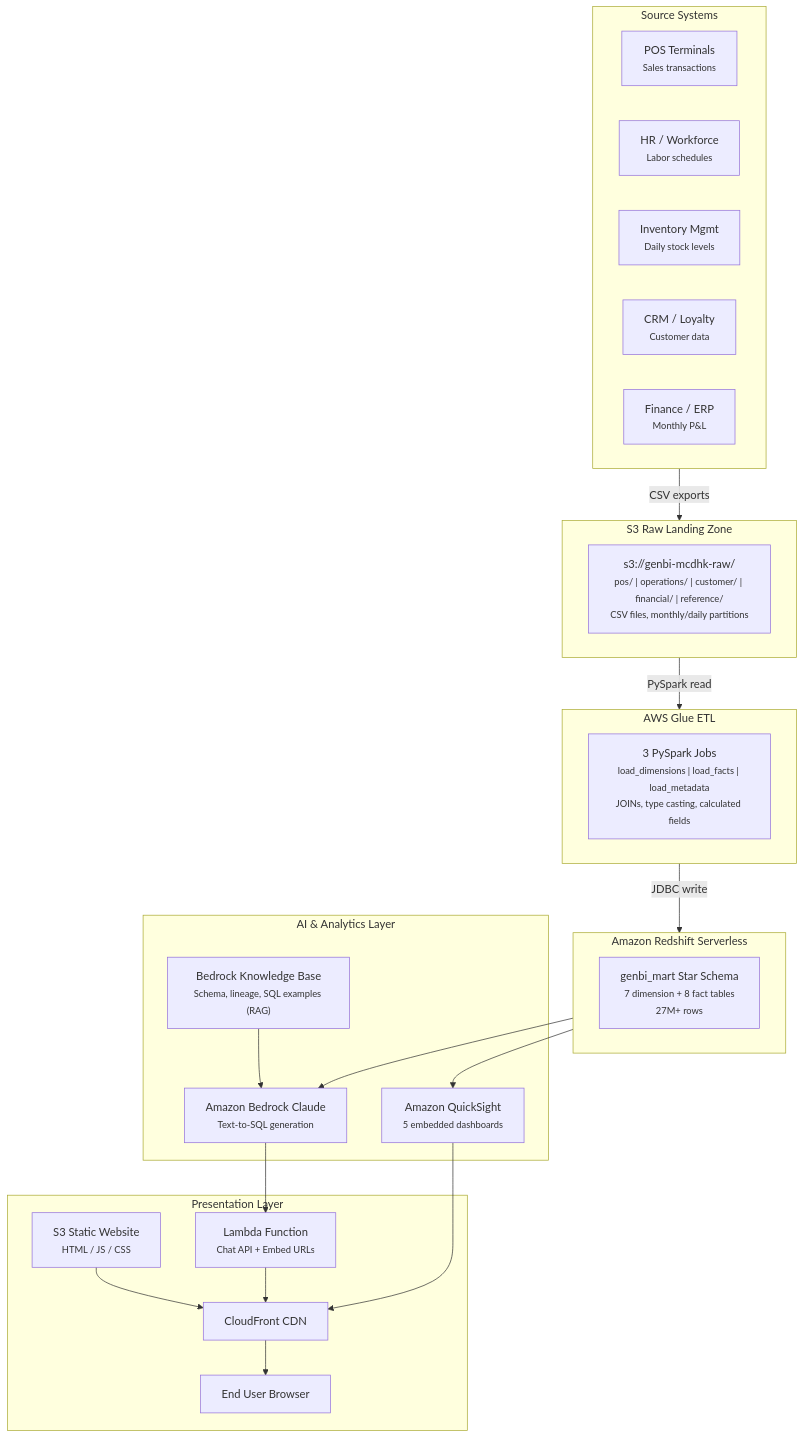
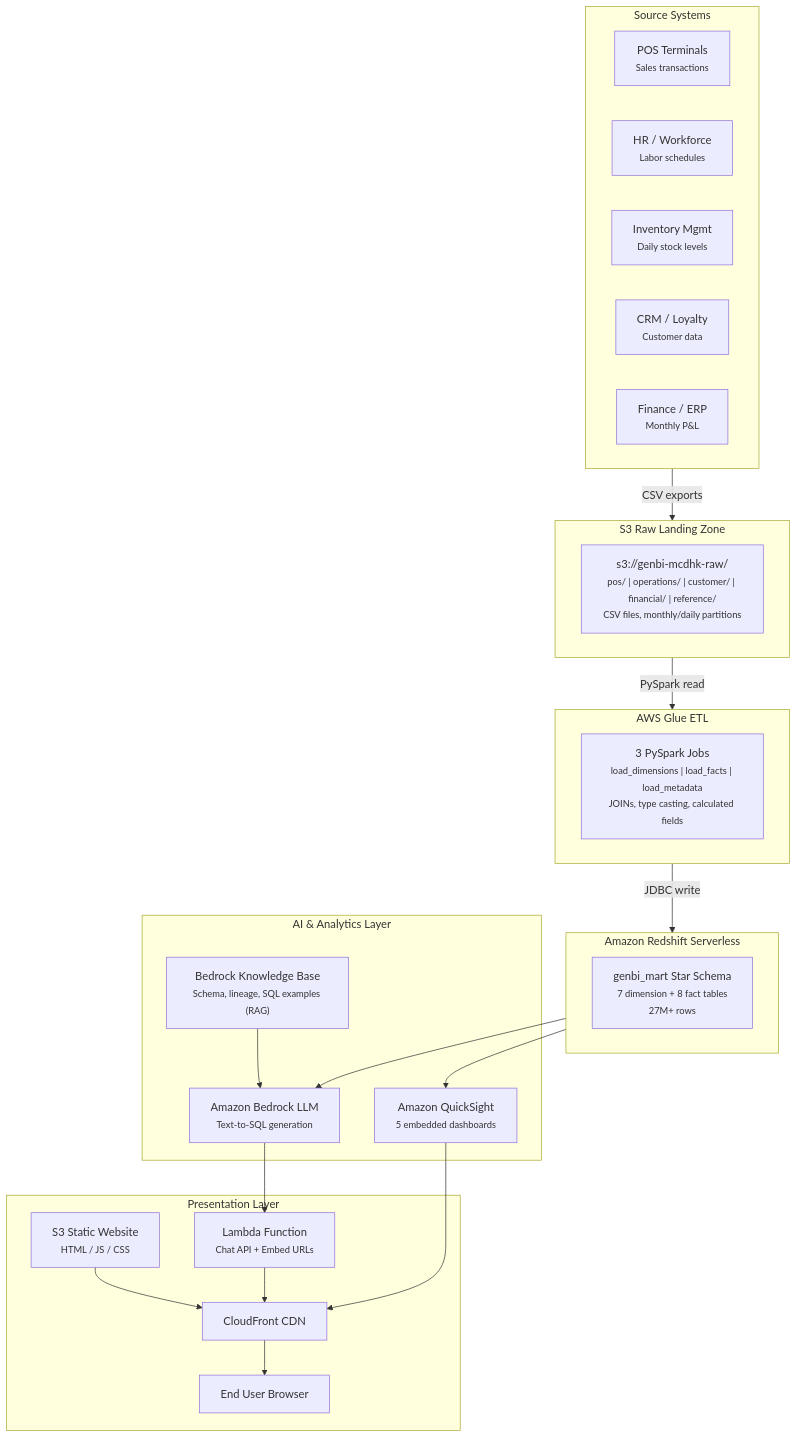
One commit to danielpeggy/bi-report-chatbot changed the diagram in README.md. Above: the diagram before and after it, drawn with Mermaid. The commit also changed other lines of this file and 6 other files, not shown here.

First line of the commit message:
Add KB indexing details, RAG explanation, tool-agnostic design, replace Claude with Bedrock LLM

````diff
--- a/README.md
+++ b/README.md
@@ -34,47 +34,47 @@
 ```mermaid
 flowchart TB
     subgraph Sources["Source Systems"]
         POS["POS Terminals<br/><small>Sales transactions</small>"]
         HR["HR / Workforce<br/><small>Labor schedules</small>"]
         INV["Inventory Mgmt<br/><small>Daily stock levels</small>"]
         CRM["CRM / Loyalty<br/><small>Customer data</small>"]
         FIN["Finance / ERP<br/><small>Monthly P&L</small>"]
     end
 
     subgraph S3["S3 Raw Landing Zone"]
         RAW["s3://genbi-mcdhk-raw/<br/><small>pos/ | operations/ | customer/ | financial/ | reference/</small><br/><small>CSV files, monthly/daily partitions</small>"]
     end
 
     subgraph Glue["AWS Glue ETL"]
         ETL["3 PySpark Jobs<br/><small>load_dimensions | load_facts | load_metadata</small><br/><small>JOINs, type casting, calculated fields</small>"]
     end
 
     subgraph Redshift["Amazon Redshift Serverless"]
         DW["genbi_mart Star Schema<br/><small>7 dimension + 8 fact tables</small><br/><small>27M+ rows</small>"]
     end
 
     subgraph AI["AI & Analytics Layer"]
         KB["Bedrock Knowledge Base<br/><small>Schema, lineage, SQL examples (RAG)</small>"]
-        CLAUDE["Amazon Bedrock Claude<br/><small>Text-to-SQL generation</small>"]
+        CLAUDE["Amazon Bedrock LLM<br/><small>Text-to-SQL generation</small>"]
         QS["Amazon QuickSight<br/><small>5 embedded dashboards</small>"]
     end
 
     subgraph Presentation["Presentation Layer"]
         CF["CloudFront CDN"]
         S3W["S3 Static Website<br/><small>HTML / JS / CSS</small>"]
         LAMBDA["Lambda Function<br/><small>Chat API + Embed URLs</small>"]
         BROWSER["End User Browser"]
     end
 
     Sources --> |"CSV exports"| S3
     S3 --> |"PySpark read"| Glue
     Glue --> |"JDBC write"| Redshift
     Redshift --> CLAUDE
     KB --> CLAUDE
     Redshift --> QS
     CLAUDE --> LAMBDA
     QS --> CF
     S3W --> CF
     LAMBDA --> CF
     CF --> BROWSER
 ```
````
